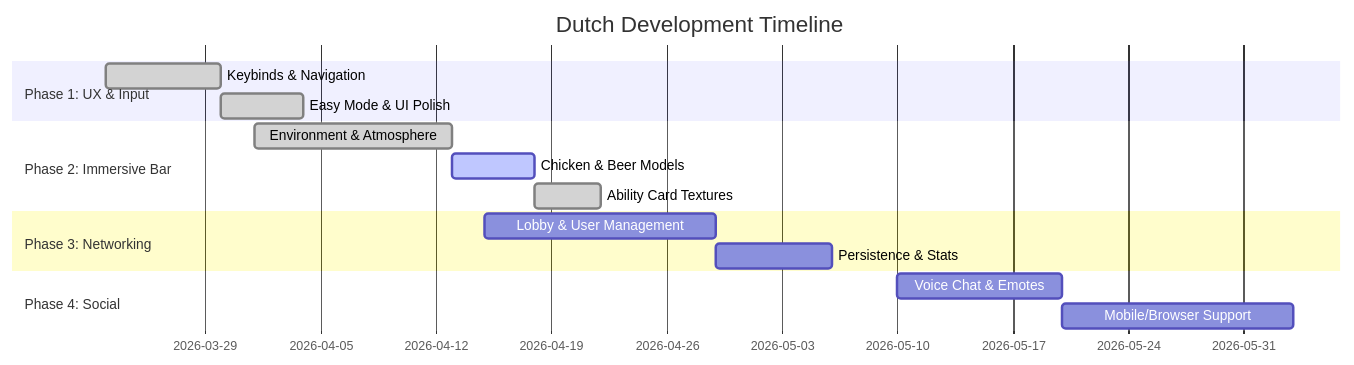
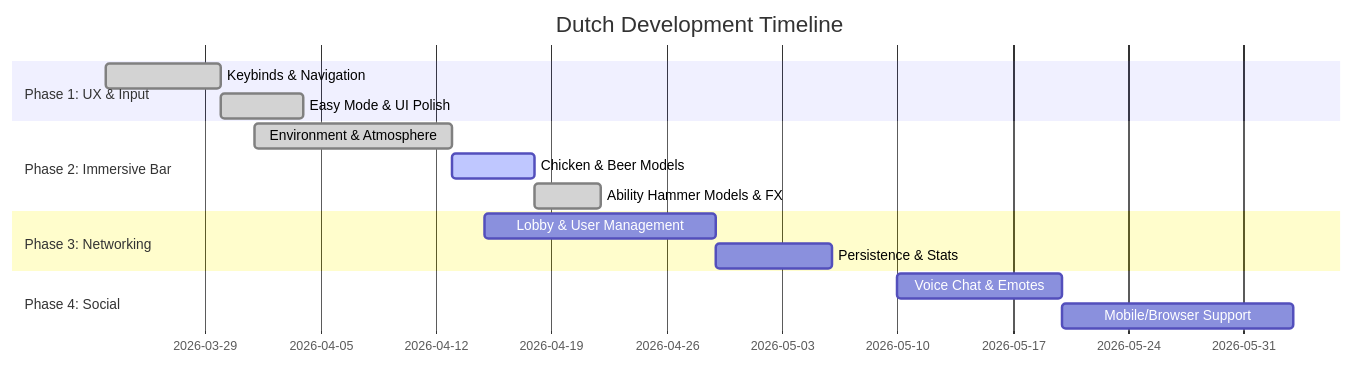
One commit to DinVin24/dutch changed the diagram in ROADMAP.md. Above: the diagram before and after it, drawn with Mermaid. The commit also changed other lines of this file and 5 other files, not shown here.

Commit message:
docs(readme): correct ability hammers and multiplayer flow. Executor: Corrected ability cards/eggs to hammers, updated obsolete LAN section to WebRTC, and fixed tutorial assertions.

````diff
--- a/ROADMAP.md
+++ b/ROADMAP.md
@@ -6,18 +6,18 @@
 ```mermaid
 gantt
     title Dutch Development Timeline
     dateFormat  YYYY-MM-DD
     section Phase 1: UX & Input
     Keybinds & Navigation    :done, des1, 2026-03-23, 7d
     Easy Mode & UI Polish     :done, des2, after des1, 5d
     section Phase 2: Immersive Bar
     Environment & Atmosphere :done, des3, 2026-04-01, 12d
     Chicken & Beer Models    :active, des4, after des3, 5d
-    Ability Card Textures    :done, des5, after des4, 4d
+    Ability Hammer Models & FX:done, des5, after des4, 4d
     section Phase 3: Networking
     Lobby & User Management  :des6, 2026-04-15, 14d
     Persistence & Stats      :des7, after des6, 7d
     section Phase 4: Social
     Voice Chat & Emotes      :des8, 2026-05-10, 10d
     Mobile/Browser Support   :des9, after des8, 14d
 ```
````
